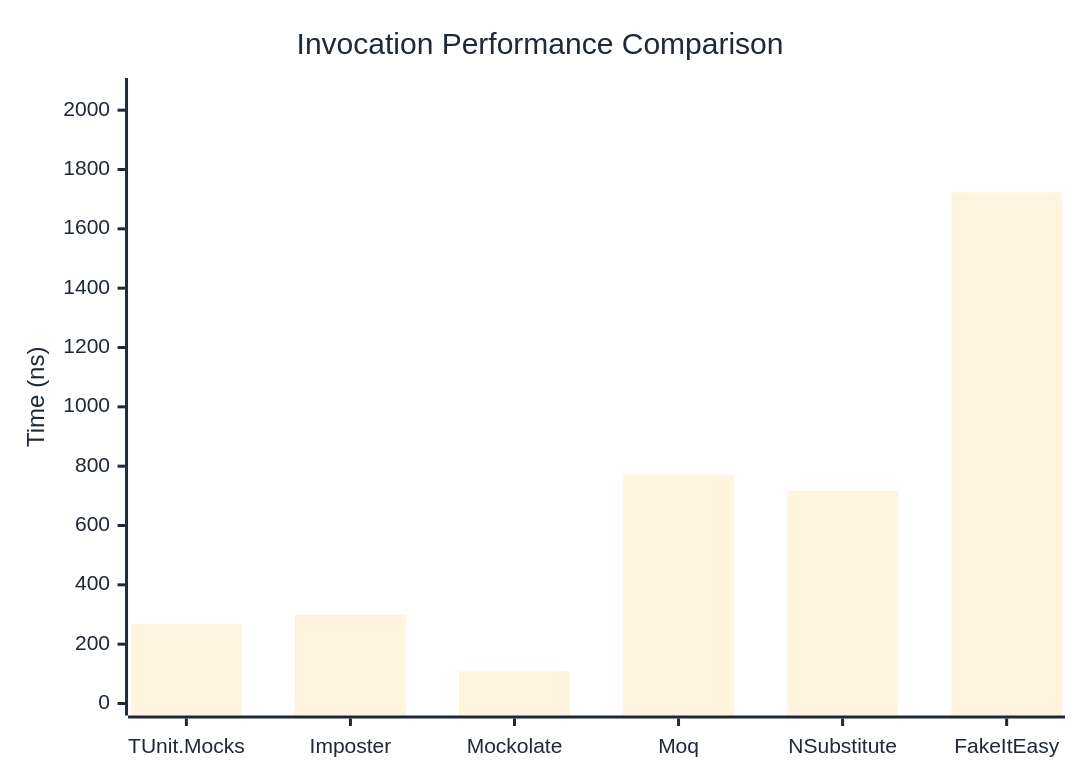
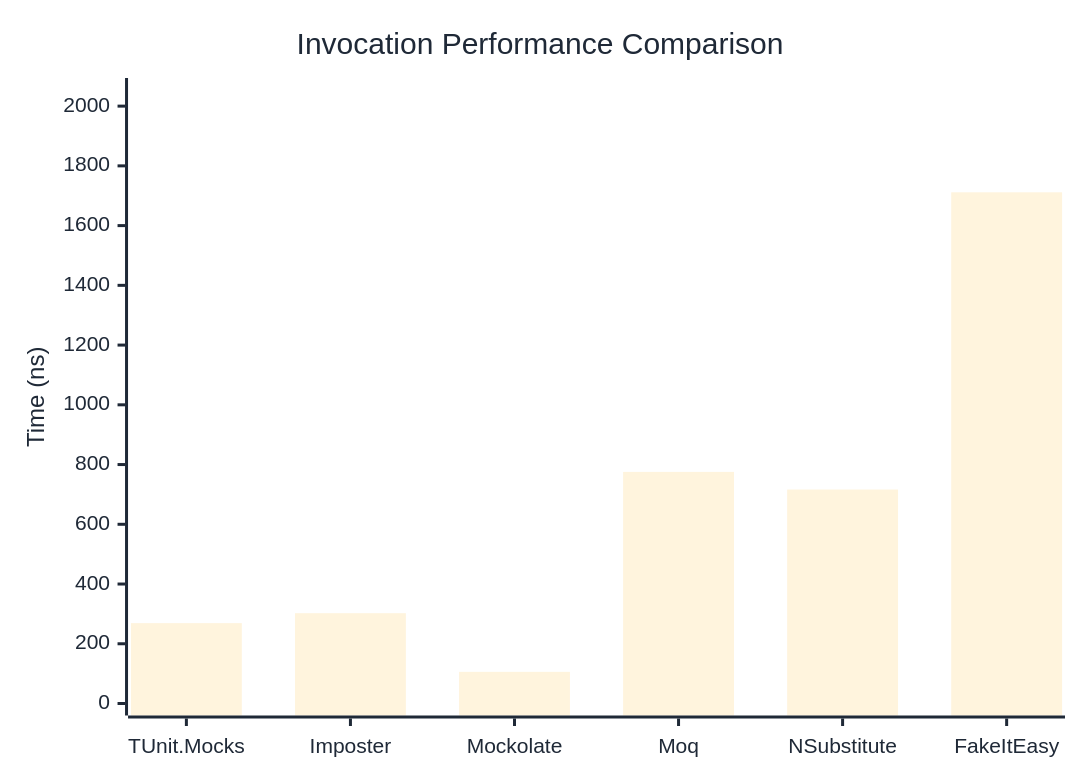
Before and after one commit to thomhurst/TUnit: the first of 3 diagrams in docs/docs/benchmarks/mocks/Invocation.md, drawn with Mermaid. The commit also changed other lines of this file and 14 other files, not shown here.

````diff
--- a/docs/docs/benchmarks/mocks/Invocation.md
+++ b/docs/docs/benchmarks/mocks/Invocation.md
@@ -30,27 +30,27 @@
 ```mermaid
 %%{init: {
   'theme':'base',
   'themeVariables': {
     'primaryColor': '#2563eb',
     'primaryTextColor': '#1f2937',
     'primaryBorderColor': '#1e40af',
     'lineColor': '#6b7280',
     'secondaryColor': '#7c3aed',
     'tertiaryColor': '#dc2626',
     'background': '#ffffff',
     'pie1': '#2563eb',
     'pie2': '#7c3aed',
     'pie3': '#dc2626',
     'pie4': '#f59e0b',
     'pie5': '#10b981',
     'pie6': '#06b6d4',
     'pie7': '#ec4899',
     'pie8': '#6366f1'
   }
 }}%%
 xychart-beta
   title "Invocation Performance Comparison"
   x-axis ["TUnit.Mocks", "Imposter", "Mockolate", "Moq", "NSubstitute", "FakeItEasy"]
-  y-axis "Time (ns)" 0 --> 2068
-  bar [267.12, 299.06, 108.81, 772.43, 716.91, 1722.73]
+  y-axis "Time (ns)" 0 --> 2054
+  bar [269.03, 302.37, 105.95, 775.37, 716.38, 1711.45]
 ```
````
